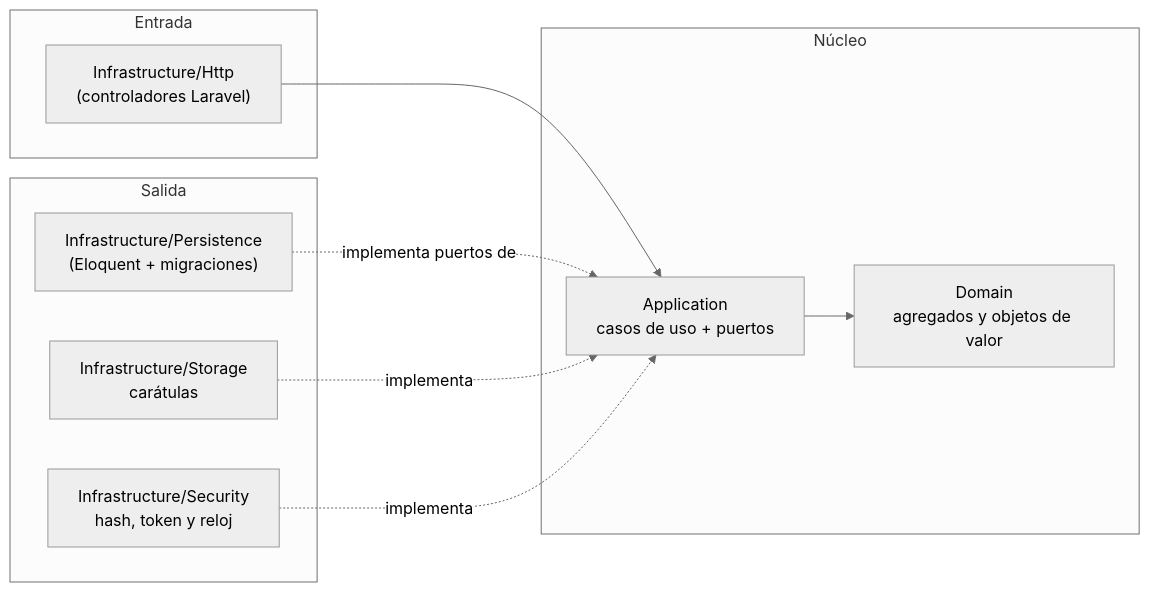
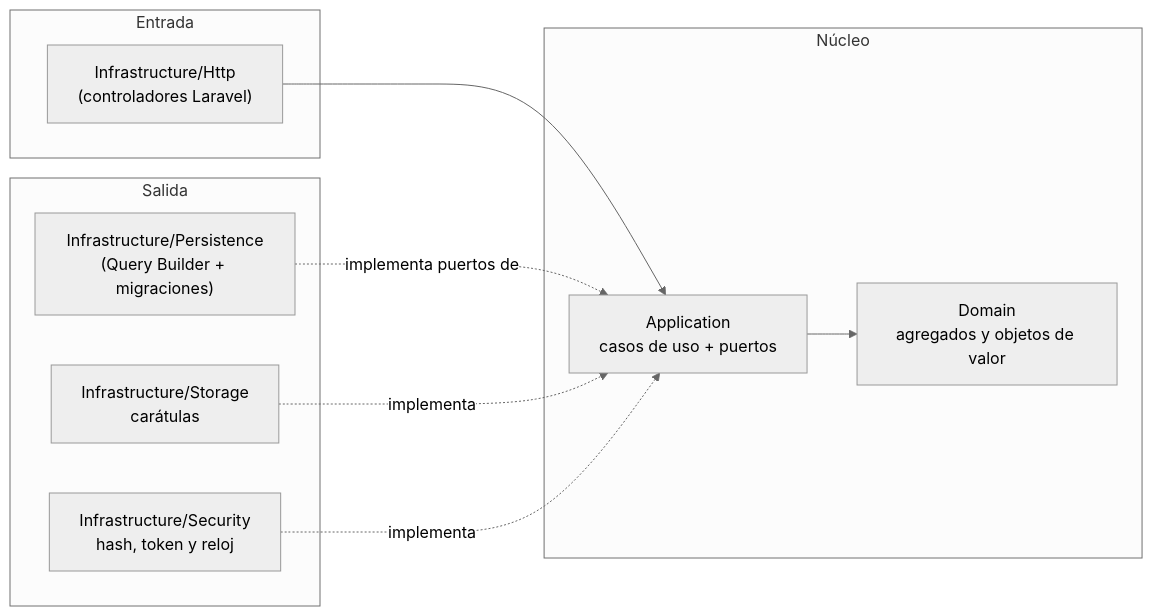
Before and after one commit to CarlosMarioCardona97/ADSO-3239137: the second of 3 diagrams in 03-execute/30-week/plan-mejoramiento/docs/architecture.md, drawn with Mermaid (neutral theme). The commit also changed other lines of this file and 3 other files, not shown here.

Commit message:
docs(archive): actualiza persistencia a Query Builder y ADR-003

````diff
--- a/03-execute/30-week/plan-mejoramiento/docs/architecture.md
+++ b/03-execute/30-week/plan-mejoramiento/docs/architecture.md
@@ -41,19 +41,19 @@
 ```mermaid
 flowchart LR
     subgraph Entrada
       HTTP["Infrastructure/Http<br/>(controladores Laravel)"]
     end
     subgraph Núcleo
       APP["Application<br/>casos de uso + puertos"]
       DOM["Domain<br/>agregados y objetos de valor"]
     end
     subgraph Salida
-      DB["Infrastructure/Persistence<br/>(Eloquent + migraciones)"]
+      DB["Infrastructure/Persistence<br/>(Query Builder + migraciones)"]
       STO["Infrastructure/Storage<br/>carátulas"]
       SEC["Infrastructure/Security<br/>hash, token y reloj"]
     end
     HTTP --> APP --> DOM
     DB -. implementa puertos de .-> APP
     STO -. implementa .-> APP
     SEC -. implementa .-> APP
 ```
````
